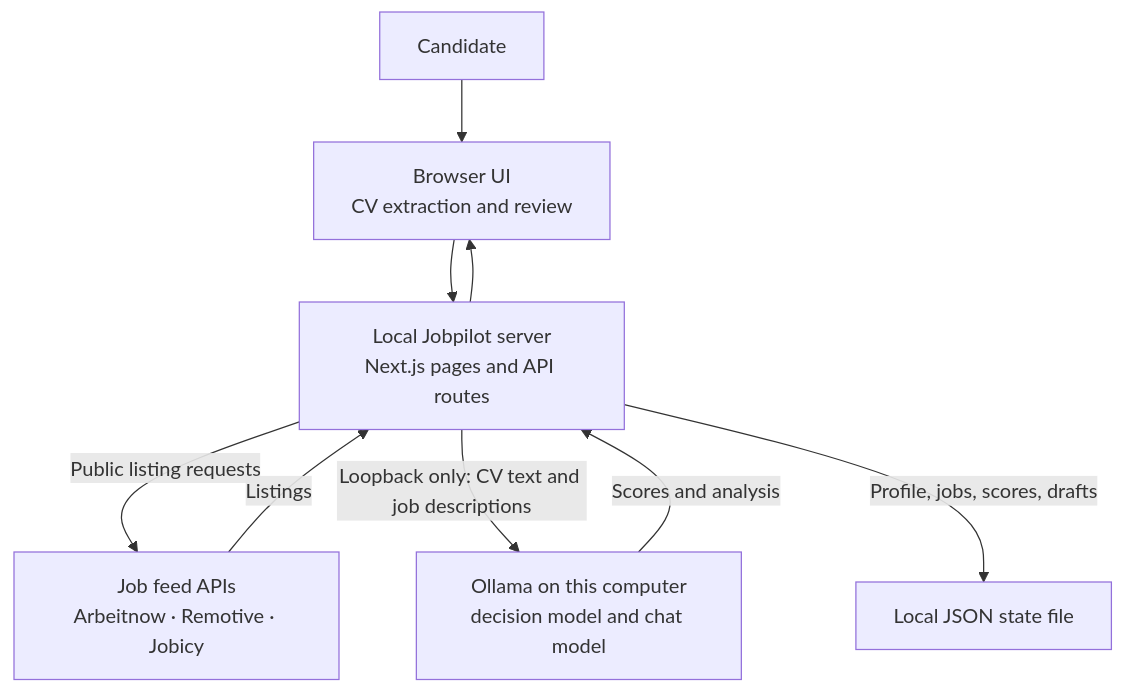
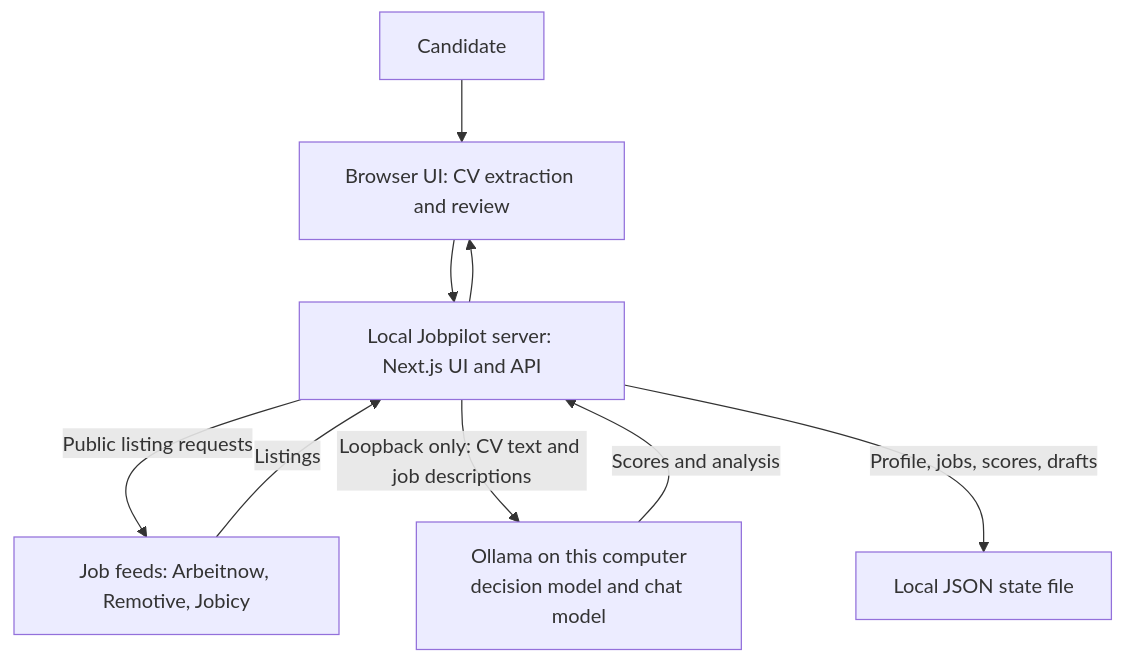
One commit to sinariazi/jobpilot changed the first of 3 diagrams in README.md. Above: the diagram before and after it, drawn with Mermaid. The commit also changed other lines of this file, not shown here.

Commit message:
Polish README architecture diagrams

````diff
--- a/README.md
+++ b/README.md
@@ -129,11 +129,11 @@
 ```mermaid
 flowchart TB
-    person["Candidate"] --> browser["Browser UI<br/>CV extraction and review"]
-    browser --> app["Local Jobpilot server<br/>Next.js pages and API routes"]
-    app -->|"Public listing requests"| feeds["Job feed APIs<br/>Arbeitnow · Remotive · Jobicy"]
+    person["Candidate"] --> browser["Browser UI: CV extraction and review"]
+    browser --> app["Local Jobpilot server: Next.js UI and API"]
+    app -->|"Public listing requests"| feeds["Job feeds: Arbeitnow, Remotive, Jobicy"]
     feeds -->|"Listings"| app
     app -->|"Loopback only: CV text and job descriptions"| ollama["Ollama on this computer<br/>decision model and chat model"]
     ollama -->|"Scores and analysis"| app
     app -->|"Profile, jobs, scores, drafts"| state["Local JSON state file"]
     app --> browser
 ```
````
